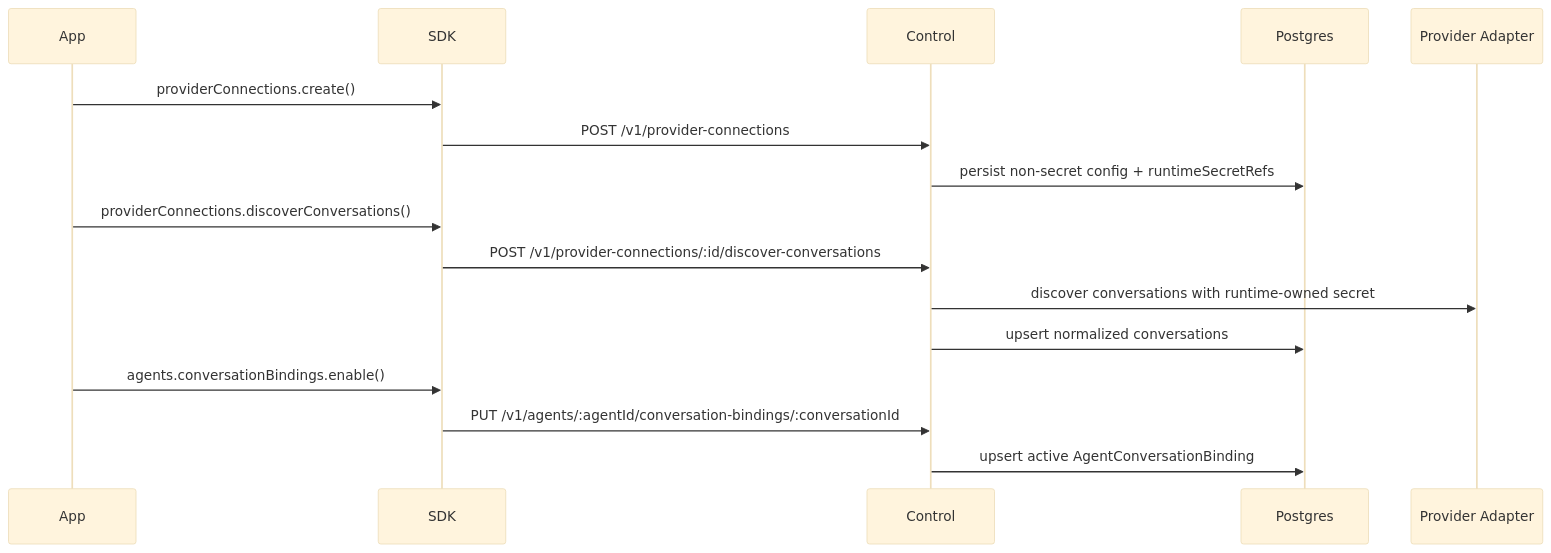
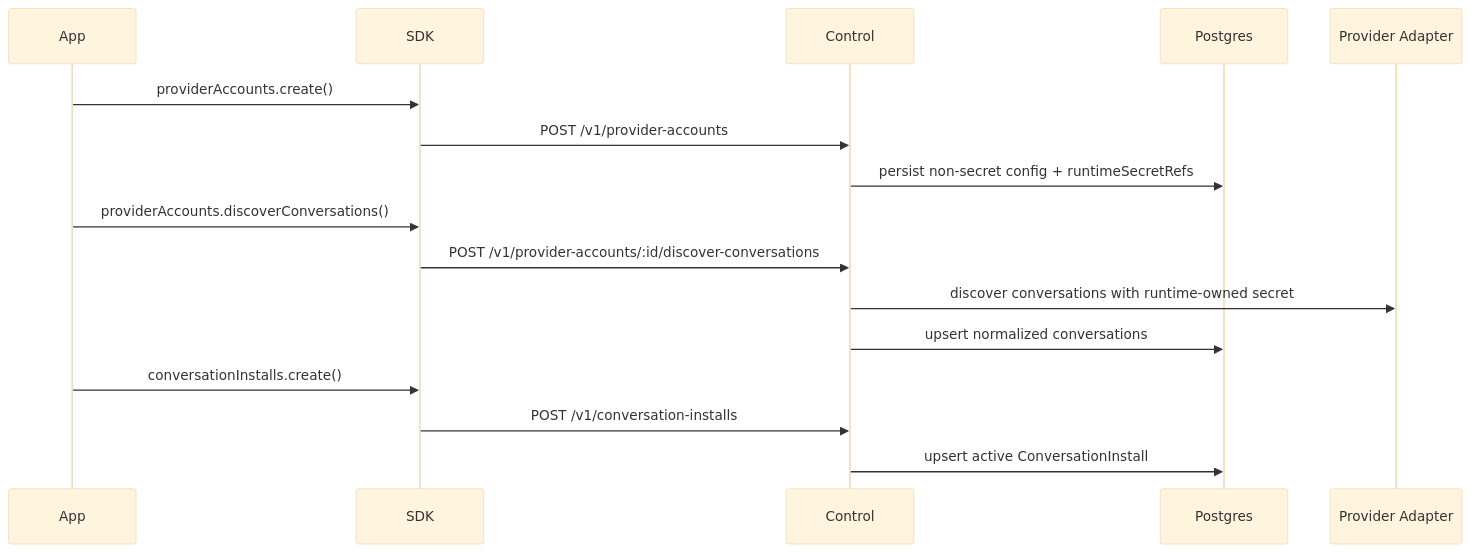
Before and after one commit to cawstudios/Agent.Gantry: the third of 4 diagrams in docs/sdk/agent-internals.md, drawn with Mermaid (base theme). The commit also changed other lines of this file and 296 other files, not shown here.

Commit message:
Replace provider connections with provider accounts

````diff
--- a/docs/sdk/agent-internals.md
+++ b/docs/sdk/agent-internals.md
@@ -96,19 +96,19 @@
 ```mermaid
 sequenceDiagram
   participant App
   participant SDK
   participant Control
   participant Store as Postgres
   participant Provider as Provider Adapter
 
-  App->>SDK: providerConnections.create()
-  SDK->>Control: POST /v1/provider-connections
+  App->>SDK: providerAccounts.create()
+  SDK->>Control: POST /v1/provider-accounts
   Control->>Store: persist non-secret config + runtimeSecretRefs
-  App->>SDK: providerConnections.discoverConversations()
-  SDK->>Control: POST /v1/provider-connections/:id/discover-conversations
+  App->>SDK: providerAccounts.discoverConversations()
+  SDK->>Control: POST /v1/provider-accounts/:id/discover-conversations
   Control->>Provider: discover conversations with runtime-owned secret
   Control->>Store: upsert normalized conversations
-  App->>SDK: agents.conversationBindings.enable()
-  SDK->>Control: PUT /v1/agents/:agentId/conversation-bindings/:conversationId
-  Control->>Store: upsert active AgentConversationBinding
+  App->>SDK: conversationInstalls.create()
+  SDK->>Control: POST /v1/conversation-installs
+  Control->>Store: upsert active ConversationInstall
 ```
````
